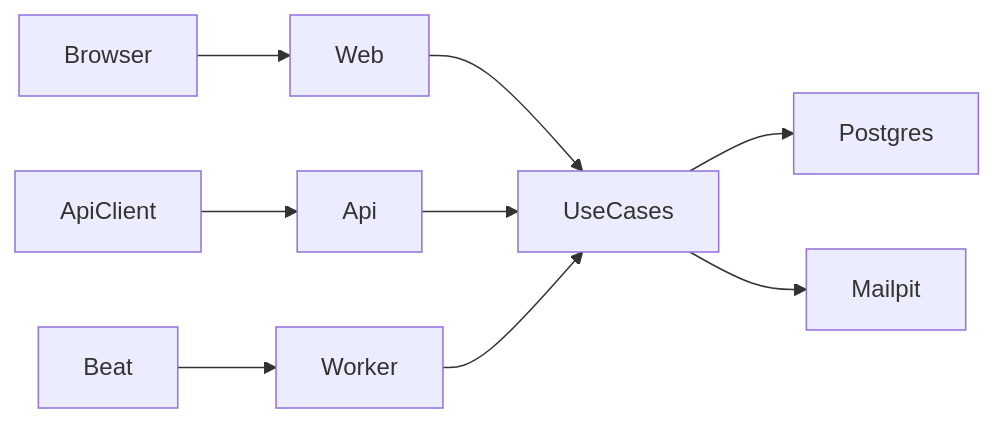
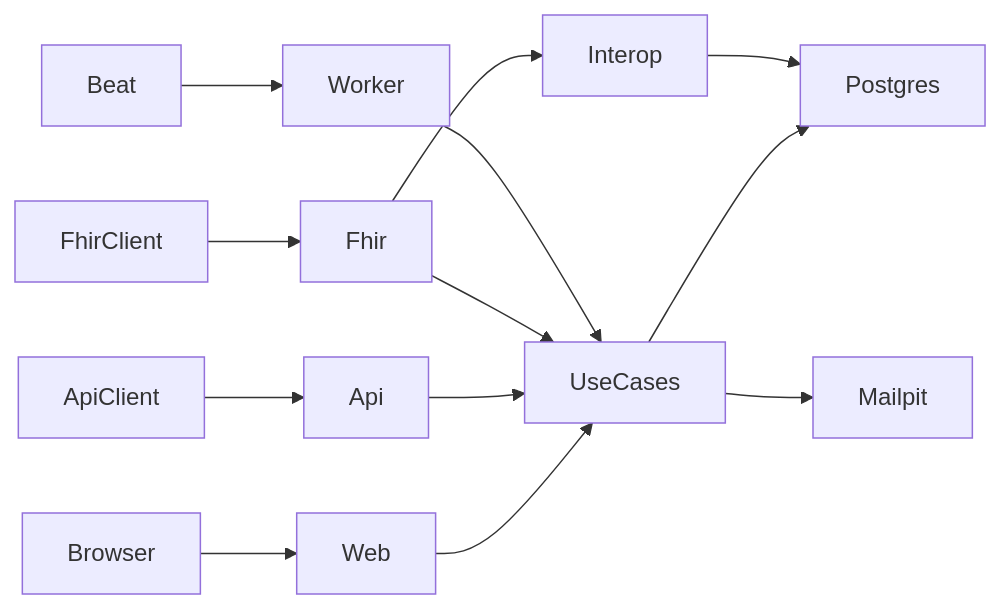
One commit to BlandineRdl/drlibre-django changed the diagram in aidd_docs/memory/architecture.md. Above: the diagram before and after it, drawn with Mermaid. The commit also changed other lines of this file and 170 other files, not shown here.

First line of the commit message:
feat: E8 FHIR R4 facade over the same use cases as the screens (#31)

````diff
--- a/aidd_docs/memory/architecture.md
+++ b/aidd_docs/memory/architecture.md
@@ -87,7 +102,9 @@
 ```mermaid
 flowchart LR
   Browser --> Web --> UseCases --> Postgres
   ApiClient --> Api --> UseCases
+  FhirClient --> Fhir --> UseCases
+  Fhir --> Interop --> Postgres
   Beat --> Worker --> UseCases
   UseCases --> Mailpit
 ```
````
